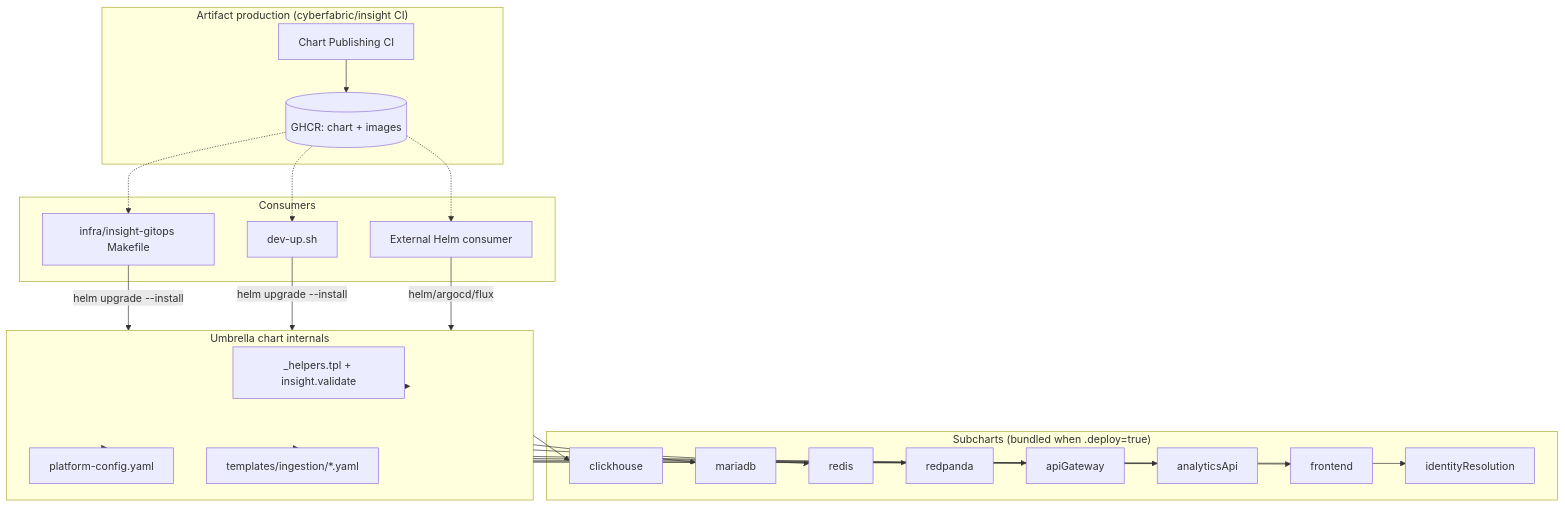
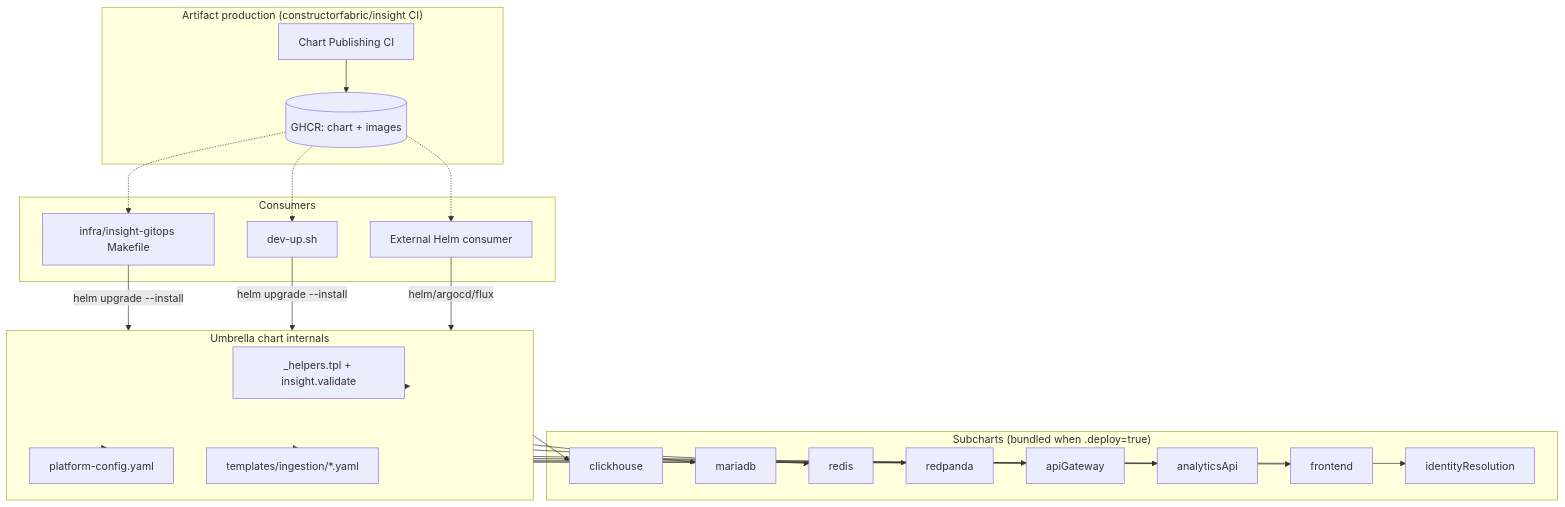
The first of 5 diagrams in docs/components/deployment/specs/DESIGN.md (mitasovr/insight), drawn with Mermaid before and after one commit. The commit also changed other lines of this file and 50 other files, not shown here.

First line of the commit message:
chore: migrate repo + GHCR image refs from cyberfabric to constructorfabric

````diff
--- a/docs/components/deployment/specs/DESIGN.md
+++ b/docs/components/deployment/specs/DESIGN.md
@@ -264,49 +264,49 @@
 ```mermaid
 graph TB
-    subgraph CI["Artifact production (cyberfabric/insight CI)"]
+    subgraph CI["Artifact production (constructorfabric/insight CI)"]
         Publish[Chart Publishing CI]
         GHCR[(GHCR: chart + images)]
     end
 
     subgraph Consumers["Consumers"]
         Gitops[infra/insight-gitops Makefile]
         DevUp[dev-up.sh]
         External[External Helm consumer]
     end
 
     subgraph Umbrella["Umbrella chart internals"]
         Helpers[_helpers.tpl + insight.validate]
         PlatformCM[platform-config.yaml]
         IngestionTpl[templates/ingestion/*.yaml]
     end
 
     subgraph Sub["Subcharts (bundled when <svc>.deploy=true)"]
         CH[clickhouse]
         MD[mariadb]
         RD[redis]
         RP[redpanda]
         APIGW[apiGateway]
         AA[analyticsApi]
         FE[frontend]
         IR[identityResolution]
     end
 
     Publish --> GHCR
     GHCR -.-> Gitops
     GHCR -.-> DevUp
     GHCR -.-> External
     Gitops -->|helm upgrade --install| Umbrella
     DevUp -->|helm upgrade --install| Umbrella
     External -->|helm/argocd/flux| Umbrella
     Umbrella --> Helpers
     Umbrella --> PlatformCM
     Umbrella --> IngestionTpl
     Umbrella --> CH
     Umbrella --> MD
     Umbrella --> RD
     Umbrella --> RP
     Umbrella --> APIGW
     Umbrella --> AA
     Umbrella --> FE
     Umbrella --> IR
 ```
````
